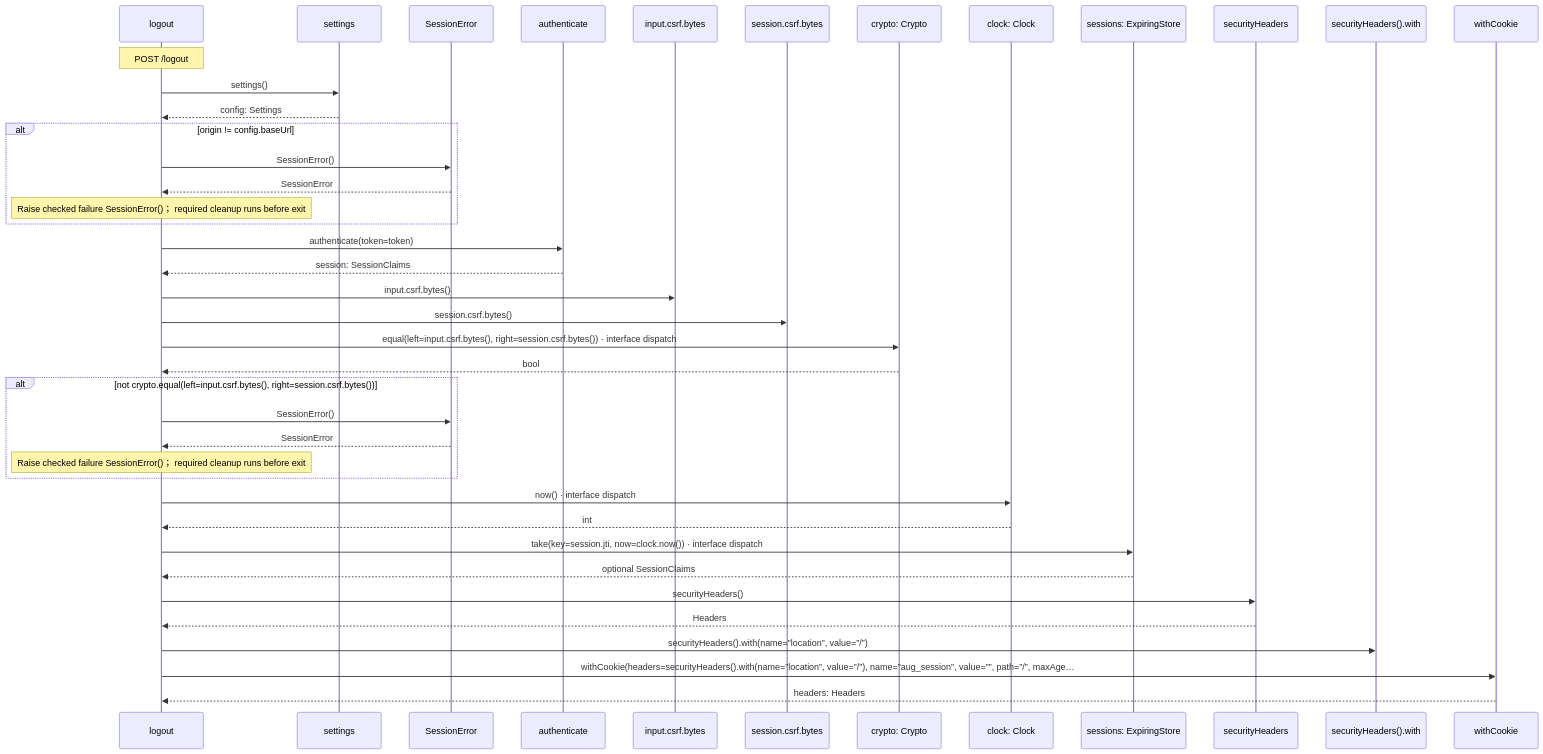
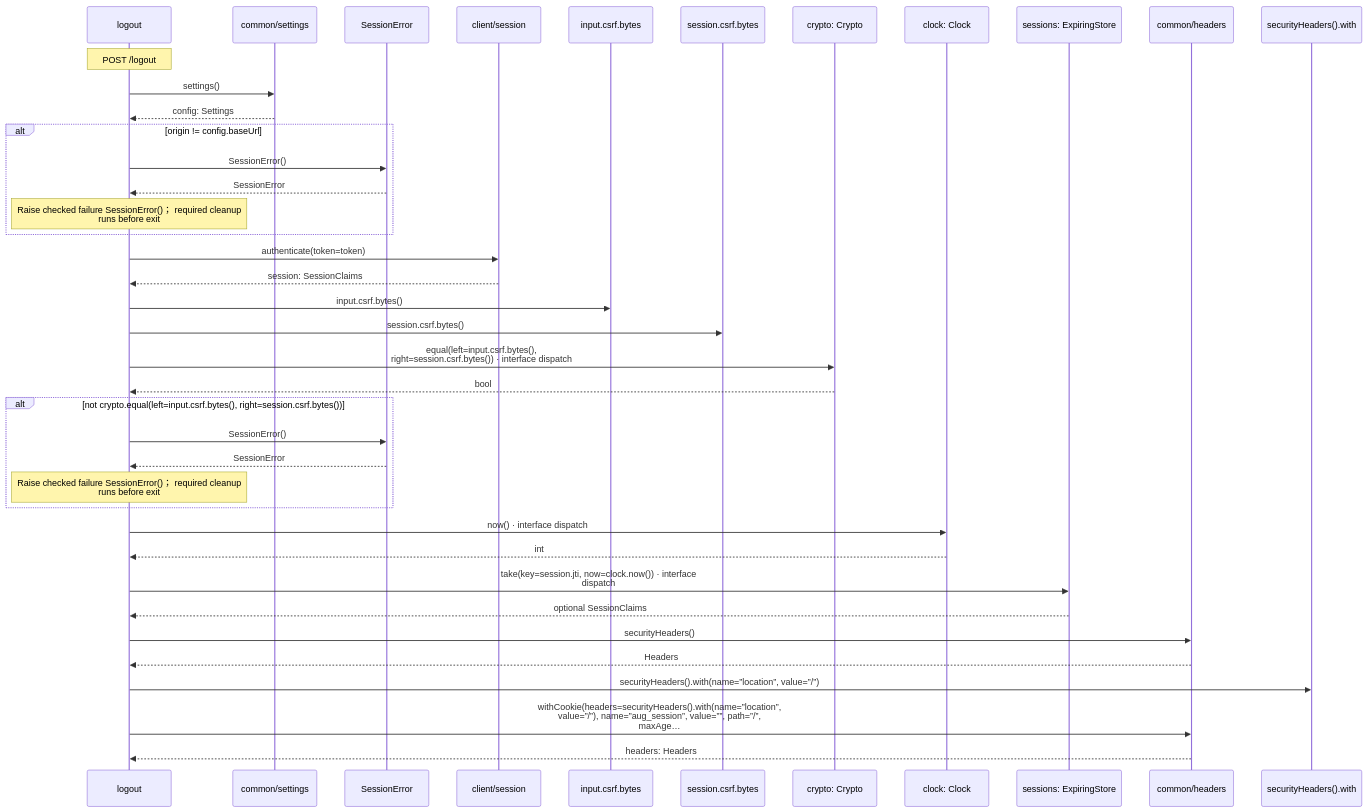
One commit to GreenPandaStudios/augscript changed the third of 4 diagrams in docs/examples/oidc-login/client/logout-diagrams.md. Above: the diagram before and after it, drawn with Mermaid. The commit also changed other lines of this file and 200 other files, not shown here.

Commit message:
Group imported operations and wrap readable sequence messages

````diff
--- a/docs/examples/oidc-login/client/logout-diagrams.md
+++ b/docs/examples/oidc-login/client/logout-diagrams.md
@@ -80,43 +80,42 @@
 ```mermaid
 sequenceDiagram
     participant p0 as logout
-    participant p1 as settings
+    participant p1 as common/settings
     participant p2 as SessionError
-    participant p3 as authenticate
+    participant p3 as client/session
     participant p4 as input.csrf.bytes
     participant p5 as session.csrf.bytes
     participant p6 as crypto: Crypto
     participant p7 as clock: Clock
     participant p8 as sessions: ExpiringStore
-    participant p9 as securityHeaders
+    participant p9 as common/headers
     participant p10 as securityHeaders().with
-    participant p11 as withCookie
     Note over p0: POST /logout
     p0->>p1: settings()
     p1-->>p0: config: Settings
     alt origin != config.baseUrl
     p0->>p2: SessionError()
     p2-->>p0: SessionError
-    Note over p0: Raise checked failure SessionError()； required cleanup runs before exit
+    Note over p0: Raise checked failure SessionError()； required cleanup<br/>runs before exit
     end
     p0->>p3: authenticate(token=token)
     p3-->>p0: session: SessionClaims
     p0->>p4: input.csrf.bytes()
     p0->>p5: session.csrf.bytes()
-    p0->>p6: equal(left=input.csrf.bytes(), right=session.csrf.bytes()) · interface dispatch
+    p0->>p6: equal(left=input.csrf.bytes(),<br/>right=session.csrf.bytes()) · interface dispatch
     p6-->>p0: bool
     alt not crypto.equal(left=input.csrf.bytes(), right=session.csrf.bytes())
     p0->>p2: SessionError()
     p2-->>p0: SessionError
-    Note over p0: Raise checked failure SessionError()； required cleanup runs before exit
+    Note over p0: Raise checked failure SessionError()； required cleanup<br/>runs before exit
     end
     p0->>p7: now() · interface dispatch
     p7-->>p0: int
-    p0->>p8: take(key=session.jti, now=clock.now()) · interface dispatch
+    p0->>p8: take(key=session.jti, now=clock.now()) · interface<br/>dispatch
     p8-->>p0: optional SessionClaims
     p0->>p9: securityHeaders()
     p9-->>p0: Headers
     p0->>p10: securityHeaders().with(name=”location”, value=”/”)
-    p0->>p11: withCookie(headers=securityHeaders().with(name=”location”, value=”/”), name=”aug_session”, value=””, path=”/”, maxAge…
-    p11-->>p0: headers: Headers
+    p0->>p9: withCookie(headers=securityHeaders().with(name=”location”,<br/>value=”/”), name=”aug_session”, value=””, path=”/”,<br/>maxAge…
+    p9-->>p0: headers: Headers
 ```
````
